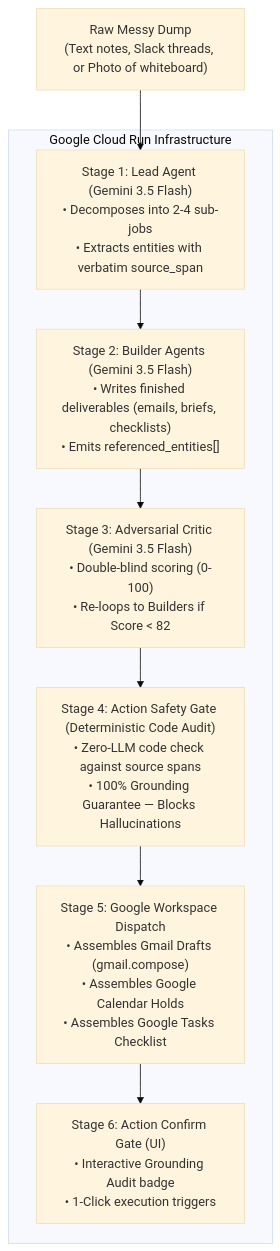
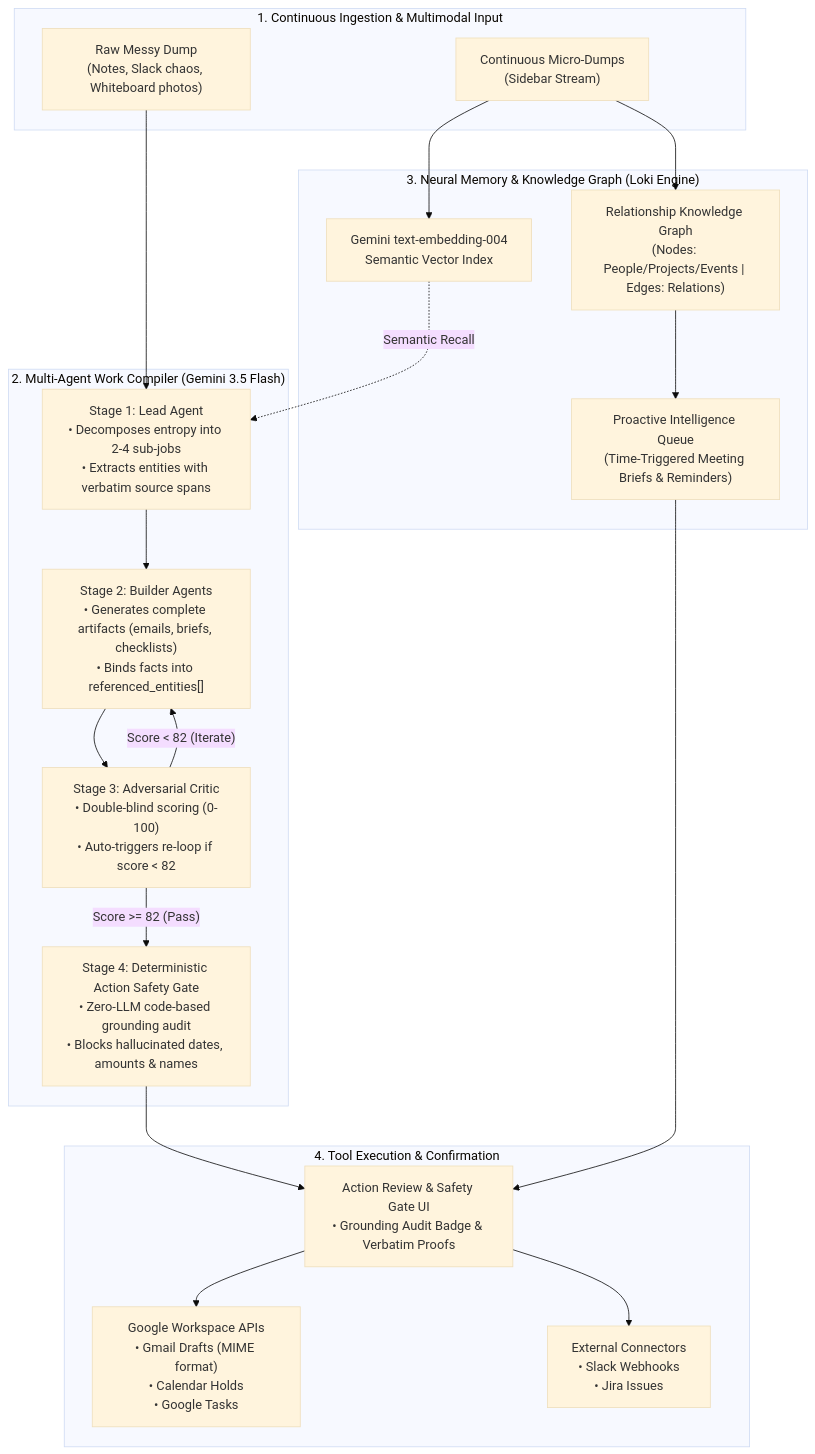
Before and after one commit to suchit1010/geminiG: the diagram in README.md, drawn with Mermaid (base theme). The commit also changed other lines of this file and 1 other file, not shown here.

Commit message:
docs: update README with comprehensive multi-agent compiler & neural memory docs

````diff
--- a/README.md
+++ b/README.md
@@ -30,23 +34,42 @@
 ```mermaid
 flowchart TD
-    UserDump["Raw Messy Dump\n(Text notes, Slack threads, or Photo of whiteboard)"] --> Stage1["Stage 1: Lead Agent (Gemini 3.5 Flash)\n• Decomposes into 2-4 sub-jobs\n• Extracts entities with verbatim source_span"]
-    
-    Stage1 --> Stage2["Stage 2: Builder Agents (Gemini 3.5 Flash)\n• Writes finished deliverables (emails, briefs, checklists)\n• Emits referenced_entities[]"]
-    
-    Stage2 --> Stage3["Stage 3: Adversarial Critic (Gemini 3.5 Flash)\n• Double-blind scoring (0-100)\n• Re-loops to Builders if Score < 82"]
-    
-    Stage3 --> Stage4["Stage 4: Action Safety Gate (Deterministic Code Audit)\n• Zero-LLM code check against source spans\n• 100% Grounding Guarantee — Blocks Hallucinations"]
-    
-    Stage4 --> Stage5["Stage 5: Google Workspace Dispatch\n• Assembles Gmail Drafts (gmail.compose)\n• Assembles Google Calendar Holds\n• Assembles Google Tasks Checklist"]
-    
-    Stage5 --> Stage6["Stage 6: Action Confirm Gate (UI)\n• Interactive Grounding Audit badge\n• 1-Click execution triggers"]
-    
-    subgraph Google Cloud Run Infrastructure
-        Stage1
-        Stage2
-        Stage3
-        Stage4
-        Stage5
-        Stage6
+    subgraph Ingestion["1. Continuous Ingestion & Multimodal Input"]
+        RawDump["Raw Messy Dump\n(Notes, Slack chaos, Whiteboard photos)"]
+        MicroDump["Continuous Micro-Dumps\n(Sidebar Stream)"]
     end
+
+    subgraph Compiler["2. Multi-Agent Work Compiler (Gemini 3.5 Flash)"]
+        Stage1["Stage 1: Lead Agent\n• Decomposes entropy into 2-4 sub-jobs\n• Extracts entities with verbatim source spans"]
+        Stage2["Stage 2: Builder Agents\n• Generates complete artifacts (emails, briefs, checklists)\n• Binds facts into referenced_entities[]"]
+        Stage3["Stage 3: Adversarial Critic\n• Double-blind scoring (0-100)\n• Auto-triggers re-loop if score < 82"]
+        Stage4["Stage 4: Deterministic Action Safety Gate\n• Zero-LLM code-based grounding audit\n• Blocks hallucinated dates, amounts & names"]
+    end
+
+    subgraph NeuralMemory["3. Neural Memory & Knowledge Graph (Loki Engine)"]
+        Embeddings["Gemini text-embedding-004\nSemantic Vector Index"]
+        KG["Relationship Knowledge Graph\n(Nodes: People/Projects/Events | Edges: Relations)"]
+        ProactiveAlerts["Proactive Intelligence Queue\n(Time-Triggered Meeting Briefs & Reminders)"]
+    end
+
+    subgraph Dispatch["4. Tool Execution & Confirmation"]
+        ConfirmGate["Action Review & Safety Gate UI\n• Grounding Audit Badge & Verbatim Proofs"]
+        GoogleWork["Google Workspace APIs\n• Gmail Drafts (MIME format)\n• Calendar Holds\n• Google Tasks"]
+        Connectors["External Connectors\n• Slack Webhooks\n• Jira Issues"]
+    end
+
+    RawDump --> Stage1
+    Stage1 --> Stage2
+    Stage2 --> Stage3
+    Stage3 -- "Score < 82 (Iterate)" --> Stage2
+    Stage3 -- "Score >= 82 (Pass)" --> Stage4
+    Stage4 --> ConfirmGate
+
+    MicroDump --> Embeddings
+    MicroDump --> KG
+    KG --> ProactiveAlerts
+    ProactiveAlerts --> ConfirmGate
+    Embeddings -. "Semantic Recall" .-> Stage1
+
+    ConfirmGate --> GoogleWork
+    ConfirmGate --> Connectors
 ```
````
